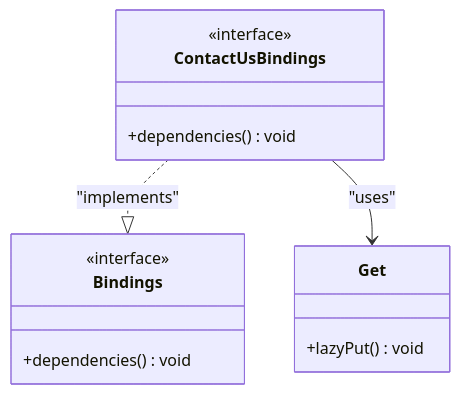
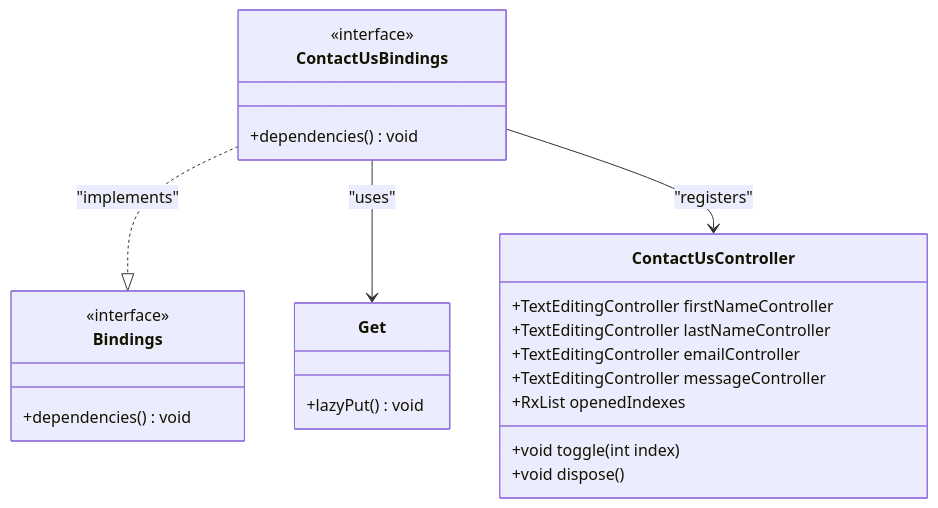
Before and after one commit to Ariful3111/FurniGo: the seventh of 11 diagrams in .qoder/repowiki/en/content/Core Features/Support and Communication/Contact Us Feature.md, drawn with Mermaid. The commit also changed other lines of this file and 10 other files, not shown here.

````diff
--- a/.qoder/repowiki/en/content/Core Features/Support and Communication/Contact Us Feature.md
+++ b/.qoder/repowiki/en/content/Core Features/Support and Communication/Contact Us Feature.md
@@ -217,16 +380,26 @@
 ```mermaid
 classDiagram
 class ContactUsBindings {
 <<interface>>
 +dependencies() void
 }
 class Bindings {
 <<interface>>
 +dependencies() void
 }
 class Get {
 +lazyPut() void
 }
+class ContactUsController {
++TextEditingController firstNameController
++TextEditingController lastNameController
++TextEditingController emailController
++TextEditingController messageController
++RxList<int> openedIndexes
++void toggle(int index)
++void dispose()
+}
 ContactUsBindings ..|> Bindings : "implements"
 ContactUsBindings --> Get : "uses"
+ContactUsBindings --> ContactUsController : "registers"
 ```
````
